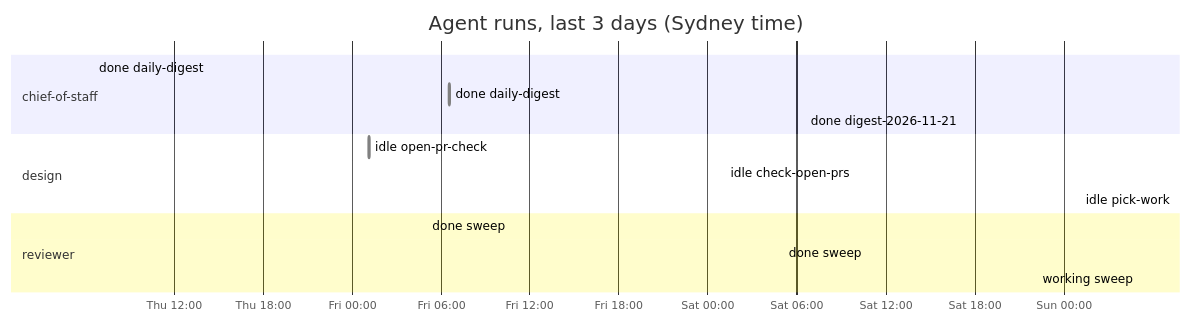
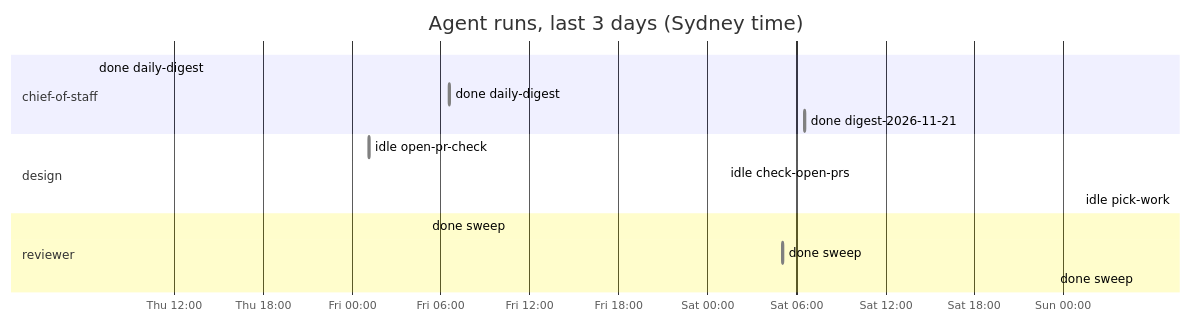
The diagram in dashboard.md (roulmediateam-byte/fifteen-expert-hq), drawn with Mermaid before and after one commit. The commit also changed other lines of this file and 1 other file, not shown here.

````diff
--- a/dashboard.md
+++ b/dashboard.md
@@ -48,18 +48,18 @@
 ```mermaid
 gantt
     title Agent runs, last 3 days (Sydney time)
     dateFormat YYYY-MM-DD HH:mm
     axisFormat %a %H:%M
     section chief-of-staff
     done daily-digest :done, 2026-11-19 06:35, 2026-11-19 06:36
     done daily-digest :done, 2026-11-20 06:35, 2026-11-20 06:37
     done digest-2026-11-21 :done, 2026-11-21 06:34, 2026-11-21 06:36
     section design
     idle open-pr-check :done, 2026-11-20 01:10, 2026-11-20 01:11
     idle check-open-prs :done, 2026-11-21 01:10, 2026-11-21 01:11
     idle pick-work :done, 2026-11-22 01:08, 2026-11-22 01:08
     section reviewer
     done sweep :done, 2026-11-20 05:05, 2026-11-20 05:05
     done sweep :done, 2026-11-21 05:05, 2026-11-21 05:06
-    working sweep :active, 2026-11-22 05:05, 2026-11-22 05:05
+    done sweep :done, 2026-11-22 05:05, 2026-11-22 05:06
 ```
````
